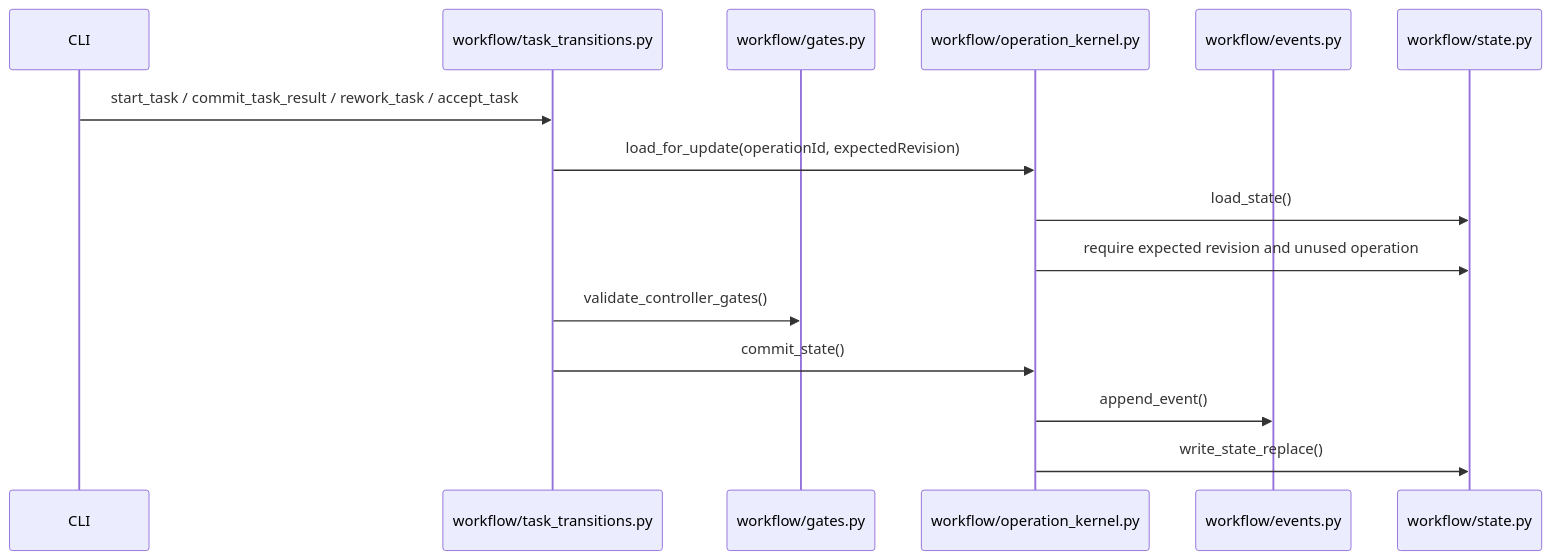
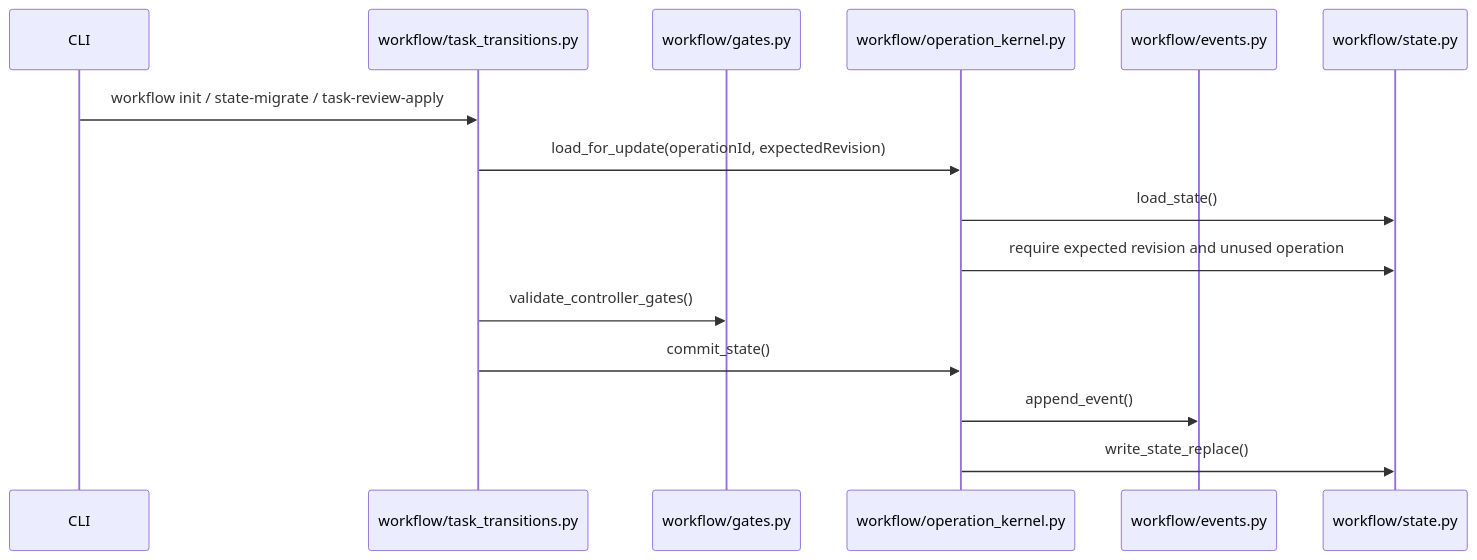
One commit to avksp/agent-lifecycle-kit changed diagram 13 of 19 in docs/architecture/system-architecture.md. Above: the diagram before and after it, drawn with Mermaid. The commit also changed other lines of this file and 49 other files, not shown here.

Commit message:
feat(workflow): complete task-local outcomes

````diff
--- a/docs/architecture/system-architecture.md
+++ b/docs/architecture/system-architecture.md
@@ -797,18 +797,18 @@
 ```mermaid
 sequenceDiagram
   participant CLI
   participant Transition as workflow/task_transitions.py
   participant Gates as workflow/gates.py
   participant Kernel as workflow/operation_kernel.py
   participant Events as workflow/events.py
   participant State as workflow/state.py
 
-  CLI->>Transition: start_task / commit_task_result / rework_task / accept_task
+  CLI->>Transition: workflow init / state-migrate / task-review-apply
   Transition->>Kernel: load_for_update(operationId, expectedRevision)
   Kernel->>State: load_state()
   Kernel->>State: require expected revision and unused operation
   Transition->>Gates: validate_controller_gates()
   Transition->>Kernel: commit_state()
   Kernel->>Events: append_event()
   Kernel->>State: write_state_replace()
 ```
````
